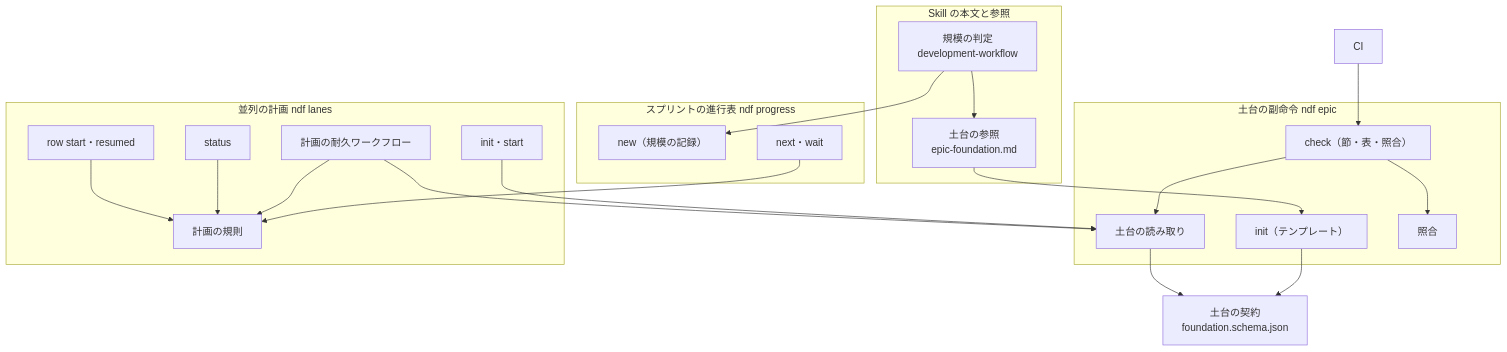
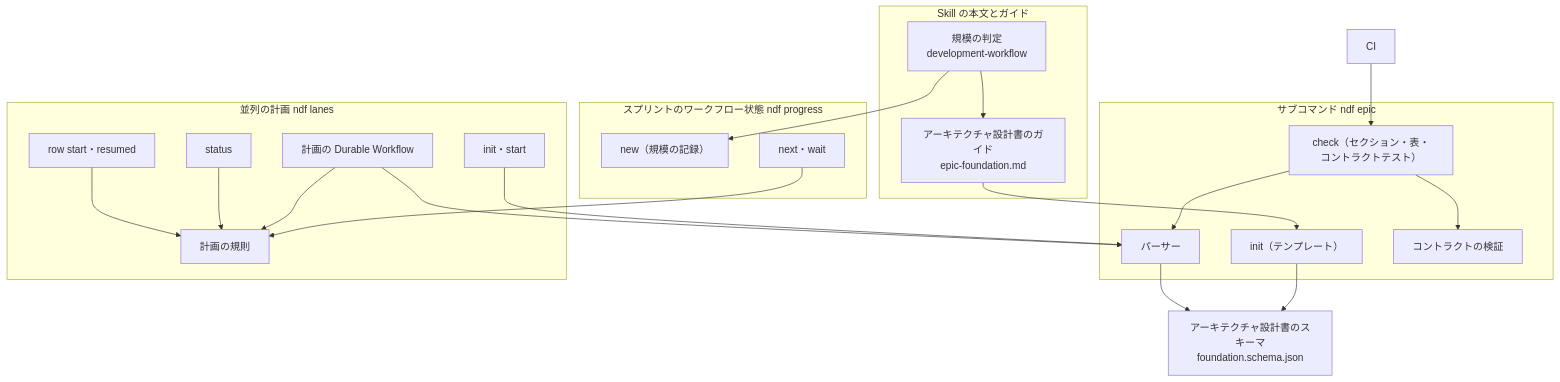
The first of 5 diagrams in issues/issue-3600-design.md (devbasex/ai-plugins), drawn with Mermaid before and after one commit. The commit also changed other lines of this file and 2 other files, not shown here.

````diff
--- a/issues/issue-3600-design.md
+++ b/issues/issue-3600-design.md
@@ -196,38 +200,38 @@
 ```mermaid
 graph TD
-    subgraph SK["Skill の本文と参照"]
+    subgraph SK["Skill の本文とガイド"]
         DW["規模の判定<br/>development-workflow"]
-        REF["土台の参照<br/>epic-foundation.md"]
+        REF["アーキテクチャ設計書のガイド<br/>epic-foundation.md"]
     end
-    subgraph EP["土台の副命令 ndf epic"]
+    subgraph EP["サブコマンド ndf epic"]
         INIT["init（テンプレート）"]
-        CHK["check（節・表・照合）"]
-        RD["土台の読み取り"]
-        VF["照合"]
+        CHK["check（セクション・表・コントラクトテスト）"]
+        RD["パーサー"]
+        VF["コントラクトの検証"]
     end
     subgraph PL["並列の計画 ndf lanes"]
         ST["init・start"]
-        RUN["計画の耐久ワークフロー"]
+        RUN["計画の Durable Workflow"]
         RULE["計画の規則"]
         STAT["status"]
         ROW["row start・resumed"]
     end
-    subgraph SP["スプリントの進行表 ndf progress"]
+    subgraph SP["スプリントのワークフロー状態 ndf progress"]
         NEW["new（規模の記録）"]
         NX["next・wait"]
     end
-    CON["土台の契約<br/>foundation.schema.json"]
+    CON["アーキテクチャ設計書のスキーマ<br/>foundation.schema.json"]
     CI["CI"]
     DW --> REF --> INIT
     DW --> NEW
     NX --> RULE
     INIT --> CON
     CHK --> RD --> CON
     CHK --> VF
     ST --> RD
     RUN --> RD
     RUN --> RULE
     STAT --> RULE
     ROW --> RULE
     CI --> CHK
 ```
````
